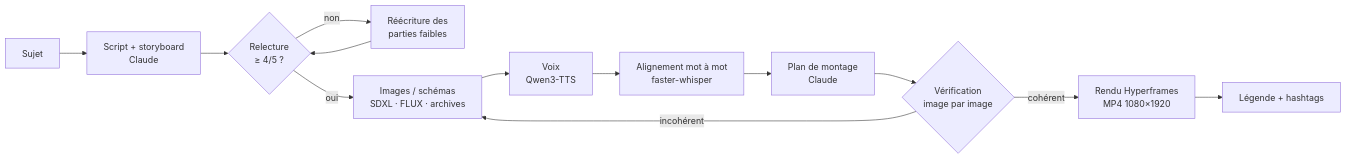
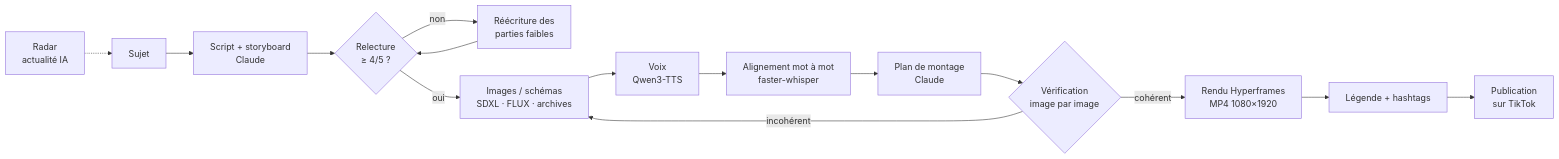
Before and after one commit to Mohamed-Sadadou/tiktoker-showcase: the diagram in README.md, drawn with Mermaid. The commit also changed other lines of this file and 8 other files, not shown here.

````diff
--- a/README.md
+++ b/README.md
@@ -73,15 +107,17 @@
 ```mermaid
 flowchart LR
+    R[Radar<br/>actualité IA] -.-> A
     A[Sujet] --> B[Script + storyboard<br/>Claude]
     B --> C{Relecture<br/>≥ 4/5 ?}
     C -- non --> D[Réécriture des<br/>parties faibles]
     D --> C
     C -- oui --> E[Images / schémas<br/>SDXL · FLUX · archives]
     E --> F[Voix<br/>Qwen3-TTS]
     F --> G[Alignement mot à mot<br/>faster-whisper]
     G --> H[Plan de montage<br/>Claude]
     H --> I{Vérification<br/>image par image}
     I -- incohérent --> E
     I -- cohérent --> J[Rendu Hyperframes<br/>MP4 1080×1920]
     J --> K[Légende + hashtags]
+    K --> L[Publication<br/>sur TikTok]
 ```
````
